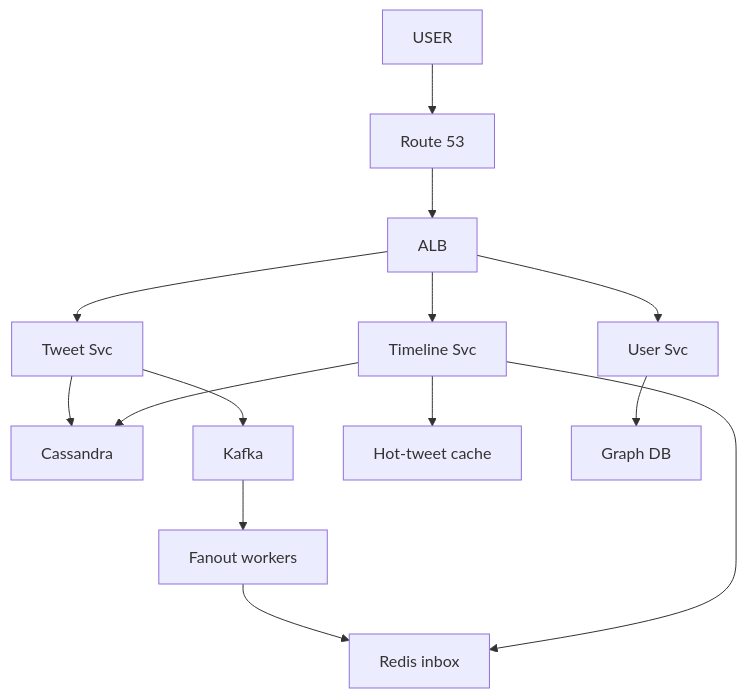
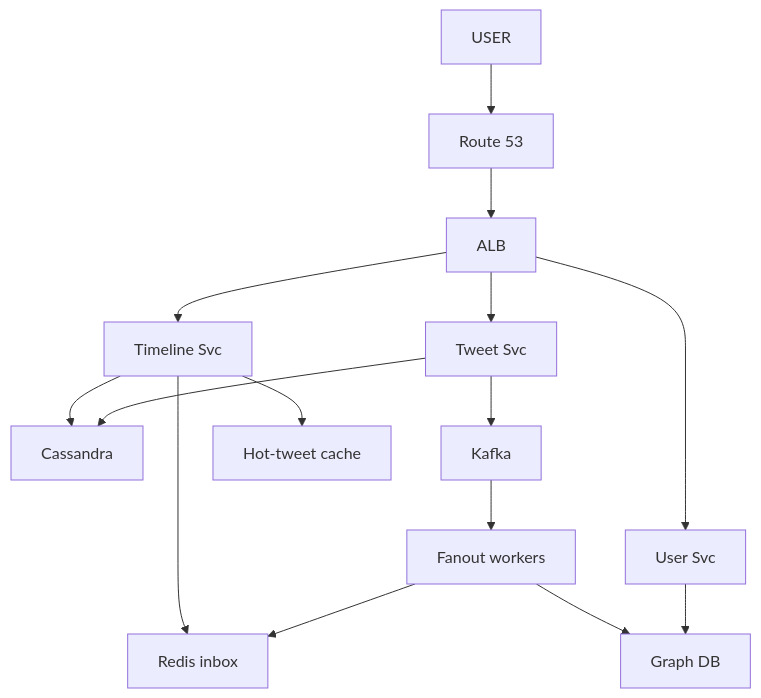
One commit to ArpanMaheshwari144/Prep changed the eighth of 10 diagrams in 04_HLD/SYSTEM_DESIGNS/03_twitter_feed/03_twitter_feed.md. Above: the diagram before and after it, drawn with Mermaid. The commit also changed other lines of this file and 12 other files, not shown here.

````diff
--- a/04_HLD/SYSTEM_DESIGNS/03_twitter_feed/03_twitter_feed.md
+++ b/04_HLD/SYSTEM_DESIGNS/03_twitter_feed/03_twitter_feed.md
@@ -411,28 +419,29 @@
 ```mermaid
 flowchart TD
     n_USER["USER"]
     n_Route_53["Route 53"]
     n_ALB["ALB"]
     n_Tweet_Svc["Tweet Svc"]
     n_Cassandra["Cassandra"]
     n_Kafka["Kafka"]
     n_Fanout_workers["Fanout workers"]
     n_Redis_inbox["Redis inbox"]
     n_Timeline_Svc["Timeline Svc"]
     n_Hot_tweet_cache["Hot-tweet cache"]
     n_User_Svc["User Svc"]
     n_Graph_DB["Graph DB"]
     n_USER --> n_Route_53
     n_Route_53 --> n_ALB
     n_ALB --> n_Tweet_Svc
     n_ALB --> n_Timeline_Svc
     n_ALB --> n_User_Svc
     n_Tweet_Svc --> n_Cassandra
     n_Tweet_Svc --> n_Kafka
     n_Kafka --> n_Fanout_workers
     n_Fanout_workers --> n_Redis_inbox
     n_Timeline_Svc --> n_Redis_inbox
     n_Timeline_Svc --> n_Hot_tweet_cache
     n_Timeline_Svc --> n_Cassandra
     n_User_Svc --> n_Graph_DB
+    n_Fanout_workers --> n_Graph_DB
 ```
````
